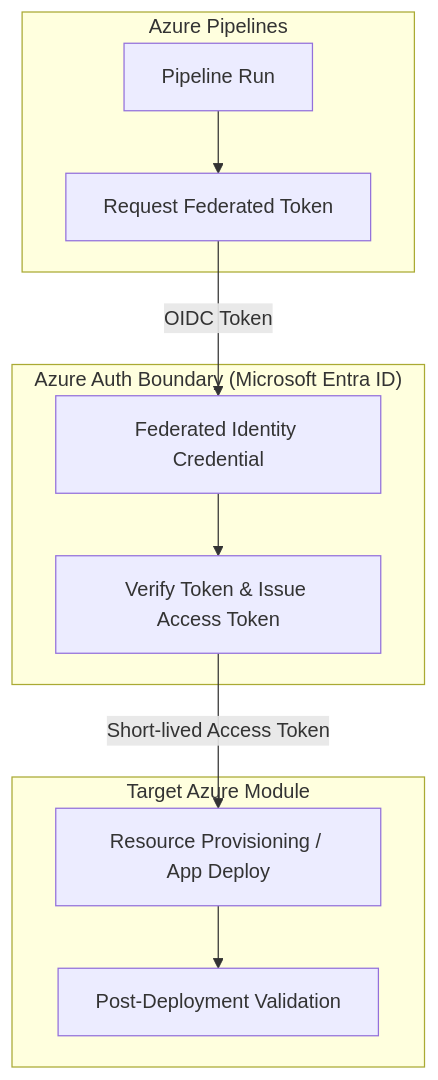
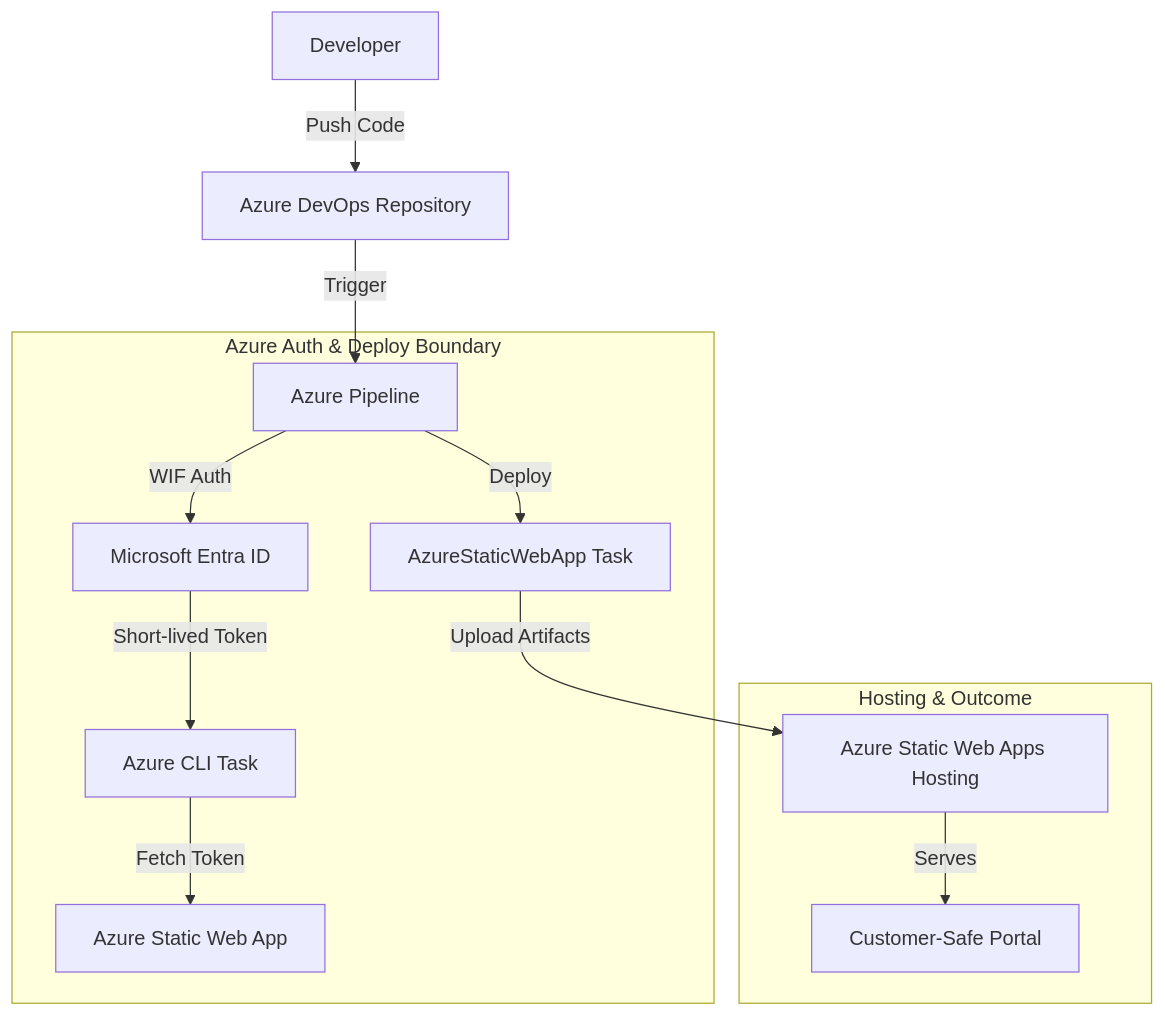
Before and after one commit to wildersa/azure_ref_kit: the diagram in building-blocks/devops/azure-pipelines-azure-deploy/README.md, drawn with Mermaid. The commit also changed other lines of this file and 3 other files, not shown here.

First line of the commit message:
[DEPLOY-002] Add Azure Pipelines deploy pattern for static status portal (#243)

````diff
--- a/building-blocks/devops/azure-pipelines-azure-deploy/README.md
+++ b/building-blocks/devops/azure-pipelines-azure-deploy/README.md
@@ -28,23 +19,17 @@
 ```mermaid
 graph TD
-    subgraph AzDevOps ["Azure Pipelines"]
-        PR[Pipeline Run]
-        WIF[Request Federated Token]
+    Developer[Developer] -->|Push Code| AzDevOps[Azure DevOps Repository]
+    AzDevOps -->|Trigger| AzPipeline[Azure Pipeline]
+
+    subgraph "Azure Auth & Deploy Boundary"
+        AzPipeline -->|WIF Auth| Entra[Microsoft Entra ID]
+        Entra -->|Short-lived Token| AzCLI[Azure CLI Task]
+        AzCLI -->|Fetch Token| SWA[Azure Static Web App]
+        AzPipeline -->|Deploy| SWADeploy[AzureStaticWebApp Task]
     end
 
-    subgraph AzureAuth ["Azure Auth Boundary (Microsoft Entra ID)"]
-        FIC[Federated Identity Credential]
-        Ver[Verify Token & Issue Access Token]
+    subgraph "Hosting & Outcome"
+        SWADeploy -->|Upload Artifacts| SWAHost[Azure Static Web Apps Hosting]
+        SWAHost -->|Serves| Portal[Customer-Safe Portal]
     end
-
-    subgraph AzureTarget ["Target Azure Module"]
-        Deploy[Resource Provisioning / App Deploy]
-        Validation[Post-Deployment Validation]
-    end
-
-    PR --> WIF
-    WIF -- "OIDC Token" --> FIC
-    FIC --> Ver
-    Ver -- "Short-lived Access Token" --> Deploy
-    Deploy --> Validation
 ```
````
